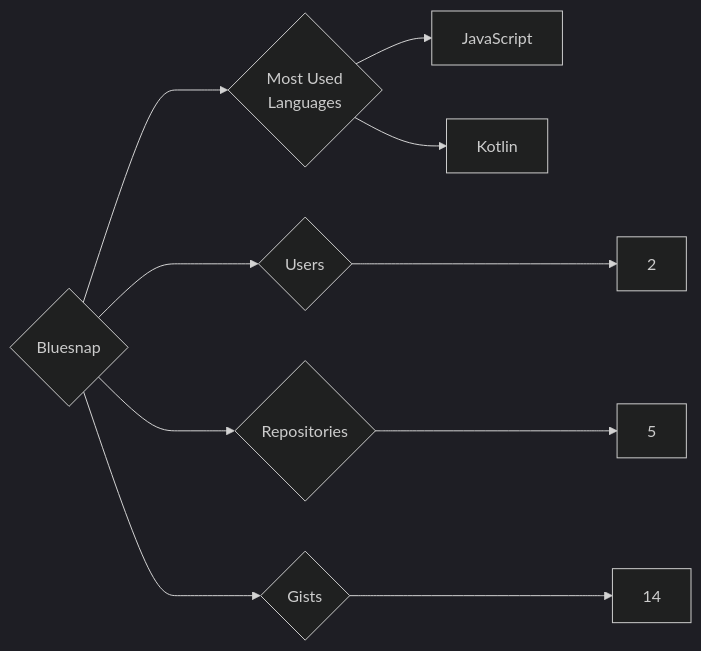
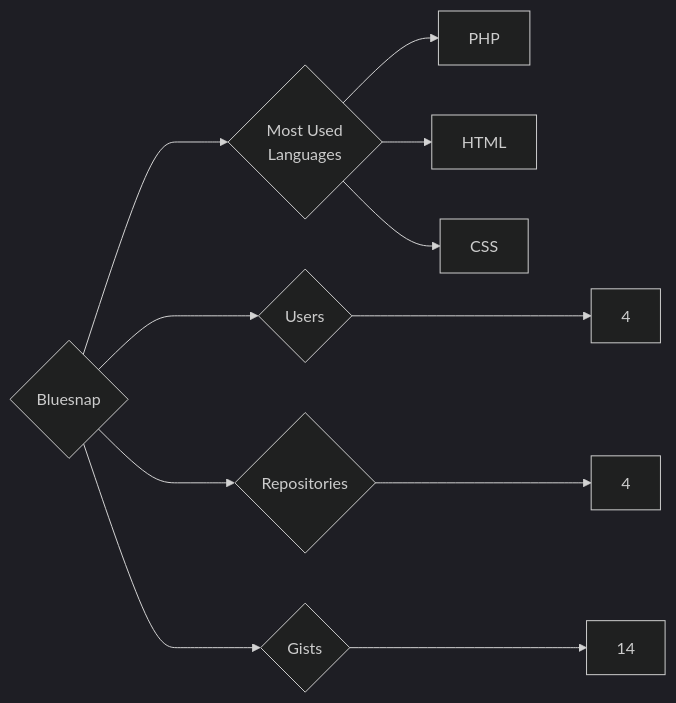
Before and after one commit to trickest/insiders: the diagram in targets/Bluesnap/README.md, drawn with Mermaid (dark theme). The commit also changed 826 other files, not shown here.

````diff
--- a/targets/Bluesnap/README.md
+++ b/targets/Bluesnap/README.md
@@ -3,10 +3,11 @@
 ```mermaid
 graph LR
 COMPANY_NAME{Bluesnap}
-COMPANY_NAME ---> U{Users} ---> UN[2]
-COMPANY_NAME ---> R{Repositories} ---> RN[5]
+COMPANY_NAME ---> U{Users} ---> UN[4]
+COMPANY_NAME ---> R{Repositories} ---> RN[4]
 COMPANY_NAME ---> G{Gists} ---> GN[14]
 COMPANY_NAME ---> ML{Most Used<br>Languages}
-ML --> JavaScript[JavaScript]
-ML --> Kotlin[Kotlin]
+ML --> PHP[PHP]
+ML --> HTML[HTML]
+ML --> CSS[CSS]
 ```
````
